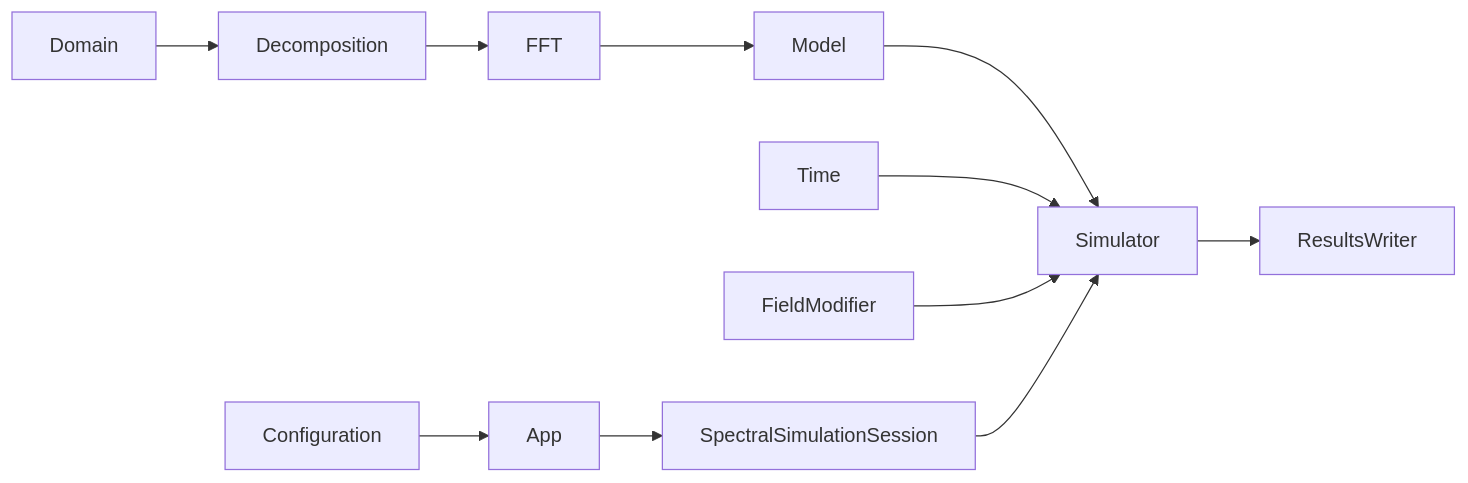
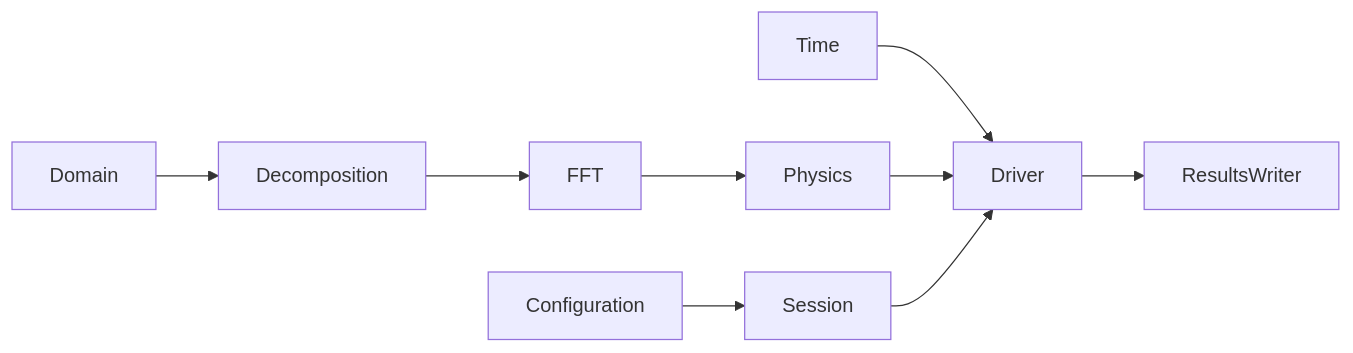
Before and after one commit to VTT-ProperTune/OpenPFC: the diagram in docs/reference/class_tour.md, drawn with Mermaid. The commit also changed other lines of this file and 5 other files, not shown here.

````diff
--- a/docs/reference/class_tour.md
+++ b/docs/reference/class_tour.md
@@ -19,9 +19,9 @@
 ```mermaid
 flowchart LR
   Domain --> Decomposition --> FFT
-  FFT --> Model --> Simulator
-  Time --> Simulator
-  FieldModifier --> Simulator
-  Simulator --> ResultsWriter
-  Configuration --> App --> SpectralSimulationSession --> Simulator
+  FFT --> Physics
+  Time --> Driver
+  Physics --> Driver
+  Driver --> ResultsWriter
+  Configuration --> Session --> Driver
 ```
````
